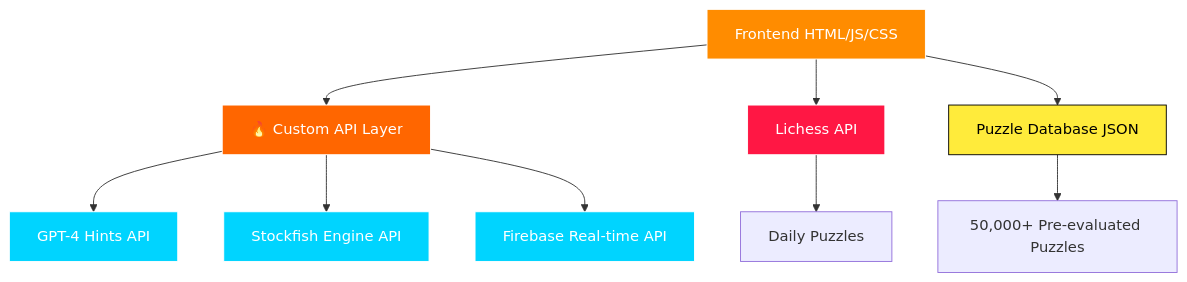
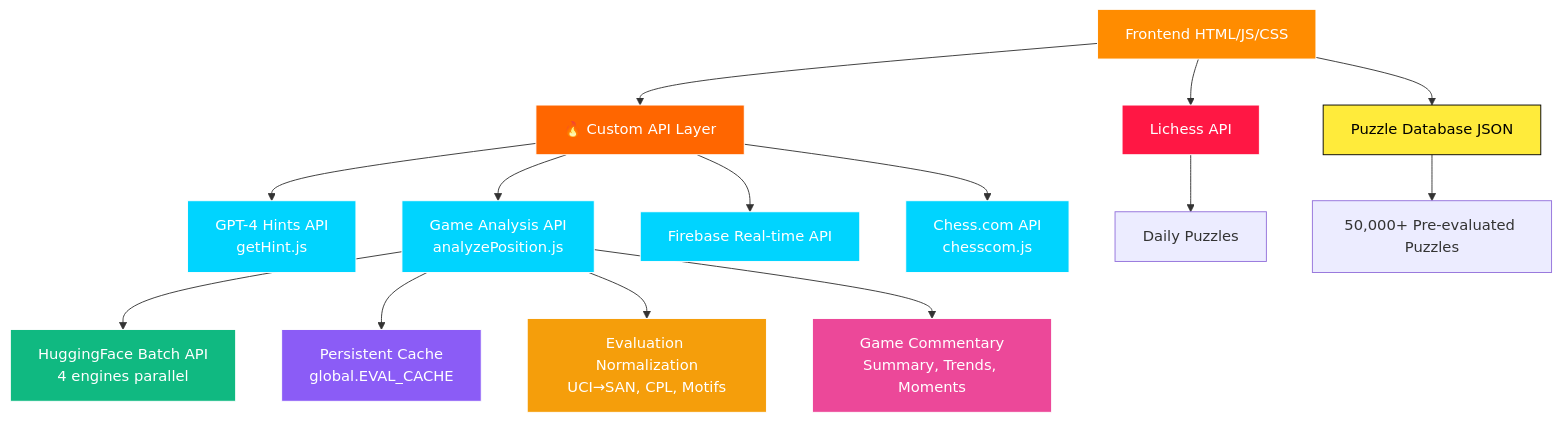
One commit to vd2mi/PawnPush changed the diagram in README.md. Above: the diagram before and after it, drawn with Mermaid. The commit also changed other lines of this file and 1 other file, not shown here.

````diff
--- a/README.md
+++ b/README.md
@@ -106,19 +116,32 @@
 ```mermaid
 graph TB
     A[Frontend HTML/JS/CSS] --> B[🔥 Custom API Layer]
     A --> C[Lichess API]
     A --> D[Puzzle Database JSON]
-    B --> E[GPT-4 Hints API]
-    B --> F[Stockfish Engine API]
+    
+    B --> E[GPT-4 Hints API<br/>getHint.js]
+    B --> F[Game Analysis API<br/>analyzePosition.js]
     B --> G[Firebase Real-time API]
-    C --> H[Daily Puzzles]
-    D --> I[50,000+ Pre-evaluated Puzzles]
+    B --> H[Chess.com API<br/>chesscom.js]
+    
+    F --> I[HuggingFace Batch API<br/>4 engines parallel]
+    F --> J[Persistent Cache<br/>global.EVAL_CACHE]
+    F --> K[Evaluation Normalization<br/>UCI→SAN, CPL, Motifs]
+    F --> L[Game Commentary<br/>Summary, Trends, Moments]
+    
+    C --> M[Daily Puzzles]
+    D --> N[50,000+ Pre-evaluated Puzzles]
     
     style A fill:#ff8c00,stroke:#fff,color:#fff
     style B fill:#ff6600,stroke:#fff,color:#fff
     style E fill:#00d4ff,stroke:#fff,color:#fff
     style F fill:#00d4ff,stroke:#fff,color:#fff
     style G fill:#00d4ff,stroke:#fff,color:#fff
+    style H fill:#00d4ff,stroke:#fff,color:#fff
+    style I fill:#10b981,stroke:#fff,color:#fff
+    style J fill:#8b5cf6,stroke:#fff,color:#fff
+    style K fill:#f59e0b,stroke:#fff,color:#fff
+    style L fill:#ec4899,stroke:#fff,color:#fff
     style C fill:#ff1744,stroke:#fff,color:#fff
     style D fill:#ffeb3b,stroke:#000,color:#000
 ```
````
